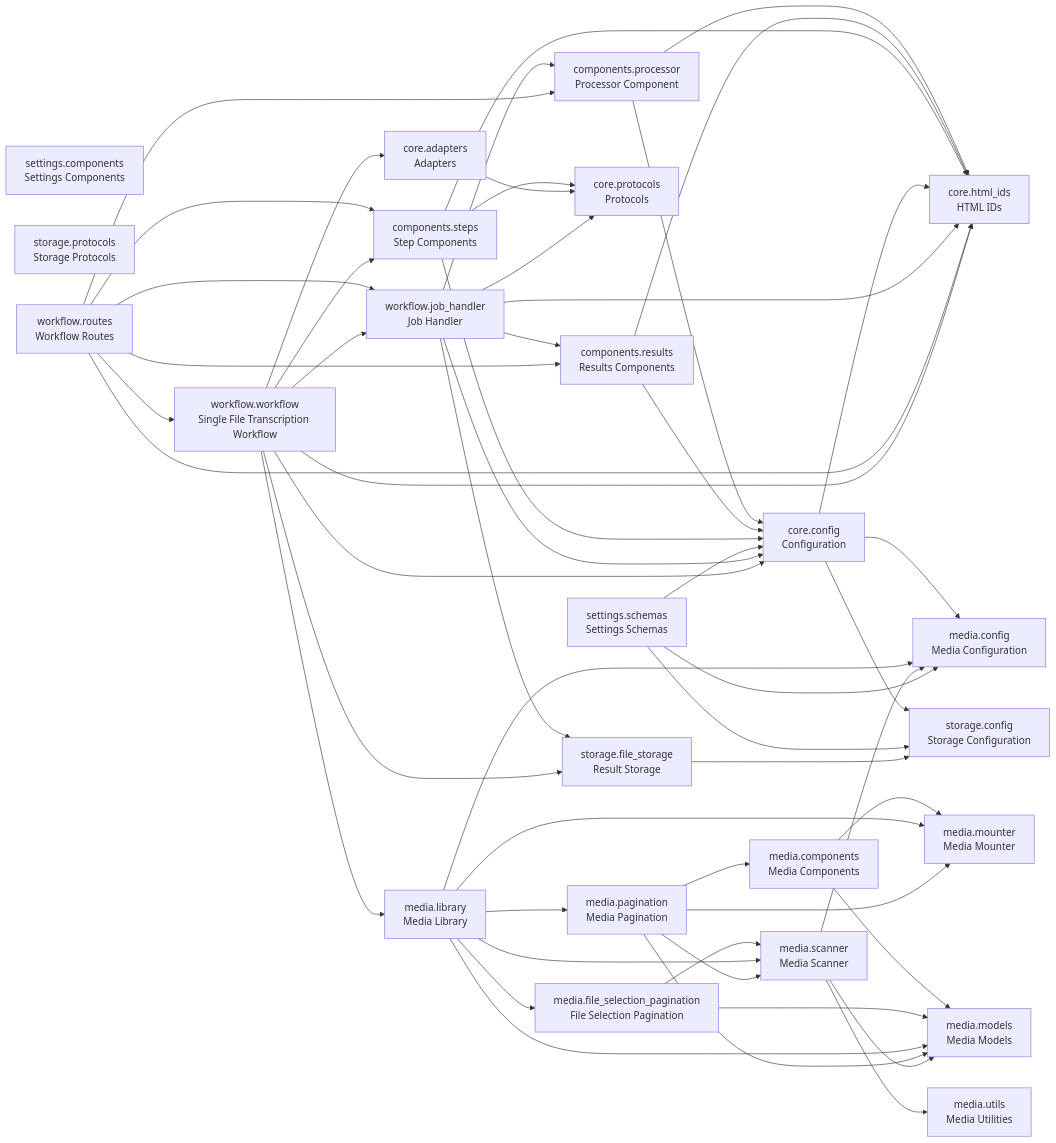
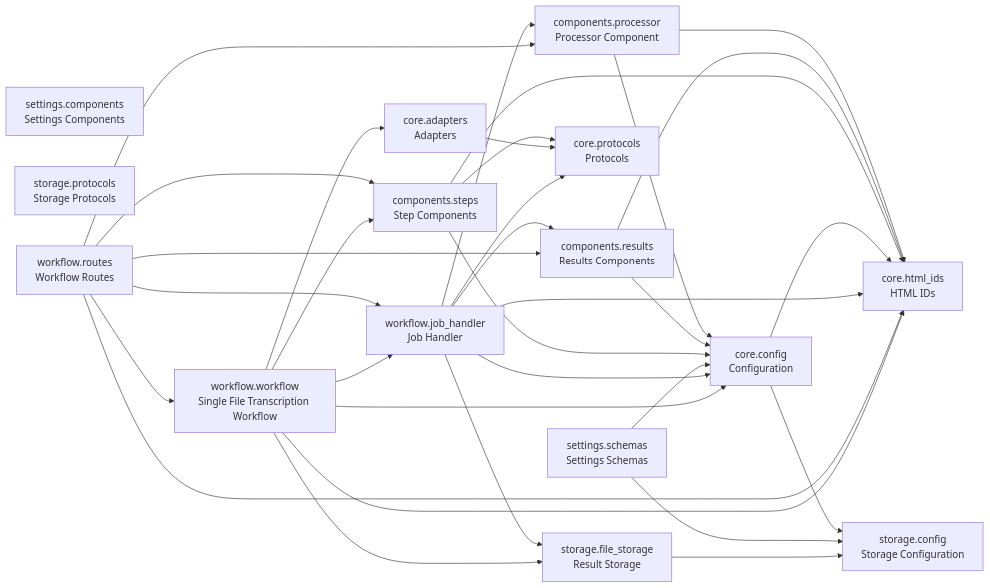
The diagram in README.md (cj-mills/cjm-fasthtml-workflow-transcription-single-file), drawn with Mermaid before and after one commit. The commit also changed other lines of this file and 33 other files, not shown here.

Commit message:
Extract nbs/media/ functionality to cjm_fasthtml_file_browser library.

````diff
--- a/README.md
+++ b/README.md
@@ -50,79 +40,50 @@
 ``` mermaid
 graph LR
     components_processor[components.processor<br/>Processor Component]
     components_results[components.results<br/>Results Components]
     components_steps[components.steps<br/>Step Components]
     core_adapters[core.adapters<br/>Adapters]
     core_config[core.config<br/>Configuration]
     core_html_ids[core.html_ids<br/>HTML IDs]
     core_protocols[core.protocols<br/>Protocols]
-    media_components[media.components<br/>Media Components]
-    media_config[media.config<br/>Media Configuration]
-    media_file_selection_pagination[media.file_selection_pagination<br/>File Selection Pagination]
-    media_library[media.library<br/>Media Library]
-    media_models[media.models<br/>Media Models]
-    media_mounter[media.mounter<br/>Media Mounter]
-    media_pagination[media.pagination<br/>Media Pagination]
-    media_scanner[media.scanner<br/>Media Scanner]
-    media_utils[media.utils<br/>Media Utilities]
     settings_components[settings.components<br/>Settings Components]
     settings_schemas[settings.schemas<br/>Settings Schemas]
     storage_config[storage.config<br/>Storage Configuration]
     storage_file_storage[storage.file_storage<br/>Result Storage]
     storage_protocols[storage.protocols<br/>Storage Protocols]
     workflow_job_handler[workflow.job_handler<br/>Job Handler]
     workflow_routes[workflow.routes<br/>Workflow Routes]
     workflow_workflow[workflow.workflow<br/>Single File Transcription Workflow]
 
     components_processor --> core_html_ids
     components_processor --> core_config
     components_results --> core_html_ids
     components_results --> core_config
     components_steps --> core_html_ids
+    components_steps --> core_config
     components_steps --> core_protocols
-    components_steps --> core_config
     core_adapters --> core_protocols
+    core_config --> storage_config
     core_config --> core_html_ids
-    core_config --> media_config
-    core_config --> storage_config
-    media_components --> media_mounter
-    media_components --> media_models
-    media_file_selection_pagination --> media_models
-    media_file_selection_pagination --> media_scanner
-    media_library --> media_pagination
-    media_library --> media_mounter
-    media_library --> media_models
-    media_library --> media_file_selection_pagination
-    media_library --> media_scanner
-    media_library --> media_config
-    media_pagination --> media_components
-    media_pagination --> media_mounter
-    media_pagination --> media_models
-    media_pagination --> media_scanner
-    media_scanner --> media_utils
-    media_scanner --> media_models
-    media_scanner --> media_config
-    settings_schemas --> media_config
     settings_schemas --> core_config
     settings_schemas --> storage_config
     storage_file_storage --> storage_config
     workflow_job_handler --> core_protocols
-    workflow_job_handler --> core_html_ids
     workflow_job_handler --> components_results
     workflow_job_handler --> core_config
     workflow_job_handler --> storage_file_storage
     workflow_job_handler --> components_processor
-    workflow_routes --> core_html_ids
-    workflow_routes --> workflow_workflow
+    workflow_job_handler --> core_html_ids
     workflow_routes --> components_results
     workflow_routes --> workflow_job_handler
+    workflow_routes --> components_processor
     workflow_routes --> components_steps
-    workflow_routes --> components_processor
+    workflow_routes --> workflow_workflow
+    workflow_routes --> core_html_ids
     workflow_workflow --> components_steps
-    workflow_workflow --> core_html_ids
-    workflow_workflow --> media_library
     workflow_workflow --> core_adapters
-    workflow_workflow --> core_config
     workflow_workflow --> storage_file_storage
     workflow_workflow --> workflow_job_handler
+    workflow_workflow --> core_html_ids
+    workflow_workflow --> core_config
 ```
````
